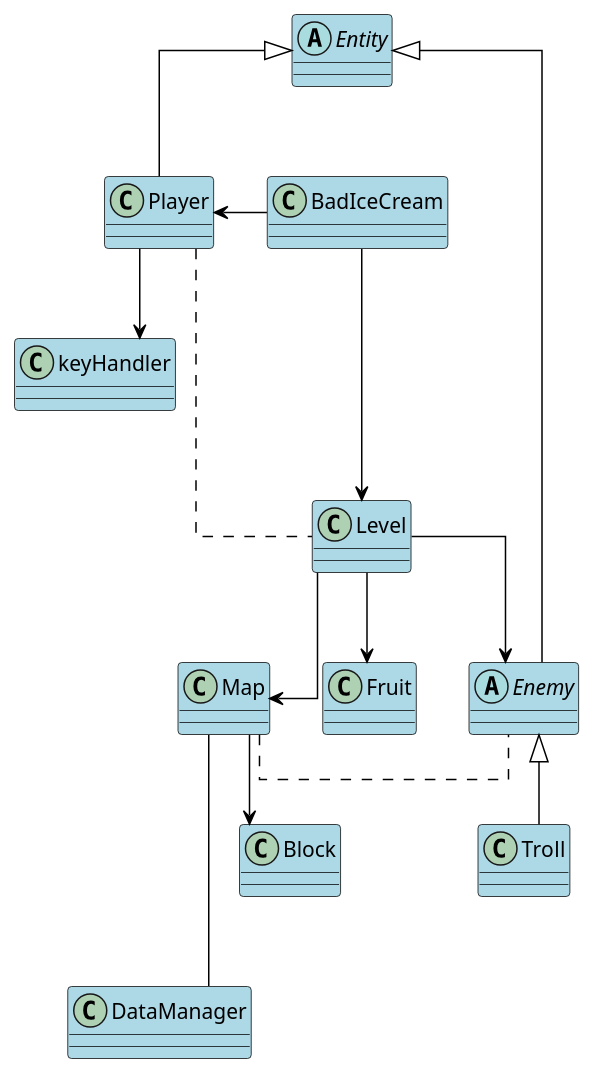
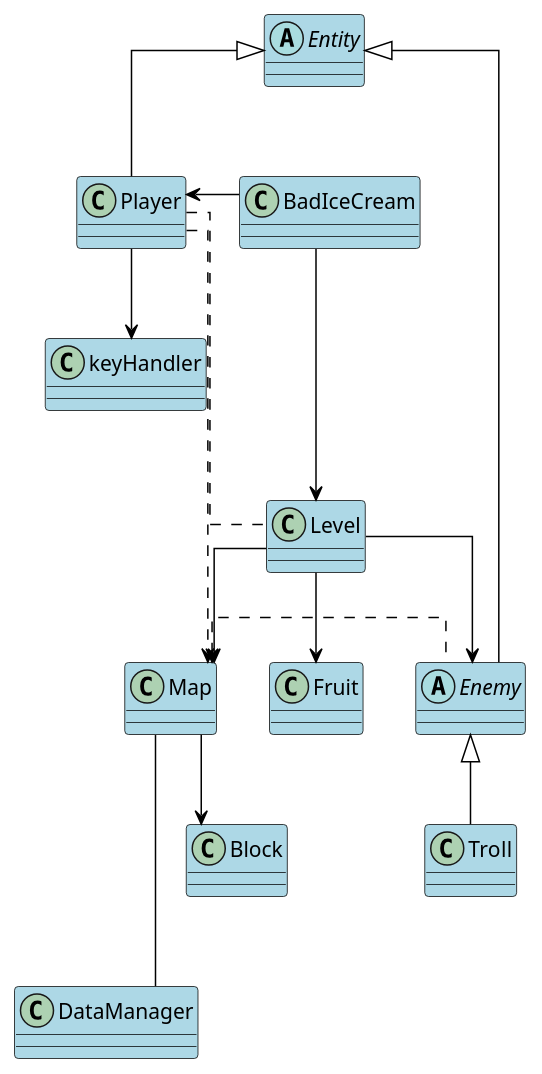
The diagram in diagrama.puml (ViKunn/ProyectoFinalProgramacion), drawn with PlantUML before and after one commit. The commit also changed 16 other files, not shown here.

```diff
--- a/diagrama.puml
+++ b/diagrama.puml
@@ -1,42 +1,43 @@
 @startuml
 
 
 /'Esto de aquí ignoren'/
 skinparam Linetype ortho
 skinparam class {
 BackgroundColor LightBlue
 ArrowColor Black
 BorderColor Black
 }
 
 
 class BadIceCream
 abstract class Enemy{
 
 }
 
 class DataManager
 
 abstract class Entity
 
 Player ... Level
-Enemy ..l.. Map
+Player ...> Map
+Enemy  .l.> Map
 
 BadIceCream --> Level
 BadIceCream -> Player
 
 Level --> Map
 Level --> Enemy
 Level --> Fruit
 
 Enemy <|-- Troll
 
 
 Map --> Block
 Map --- DataManager
 
 Entity <|-- Player
 Entity <|-- Enemy
 Player --> keyHandler
 
 @enduml
```
